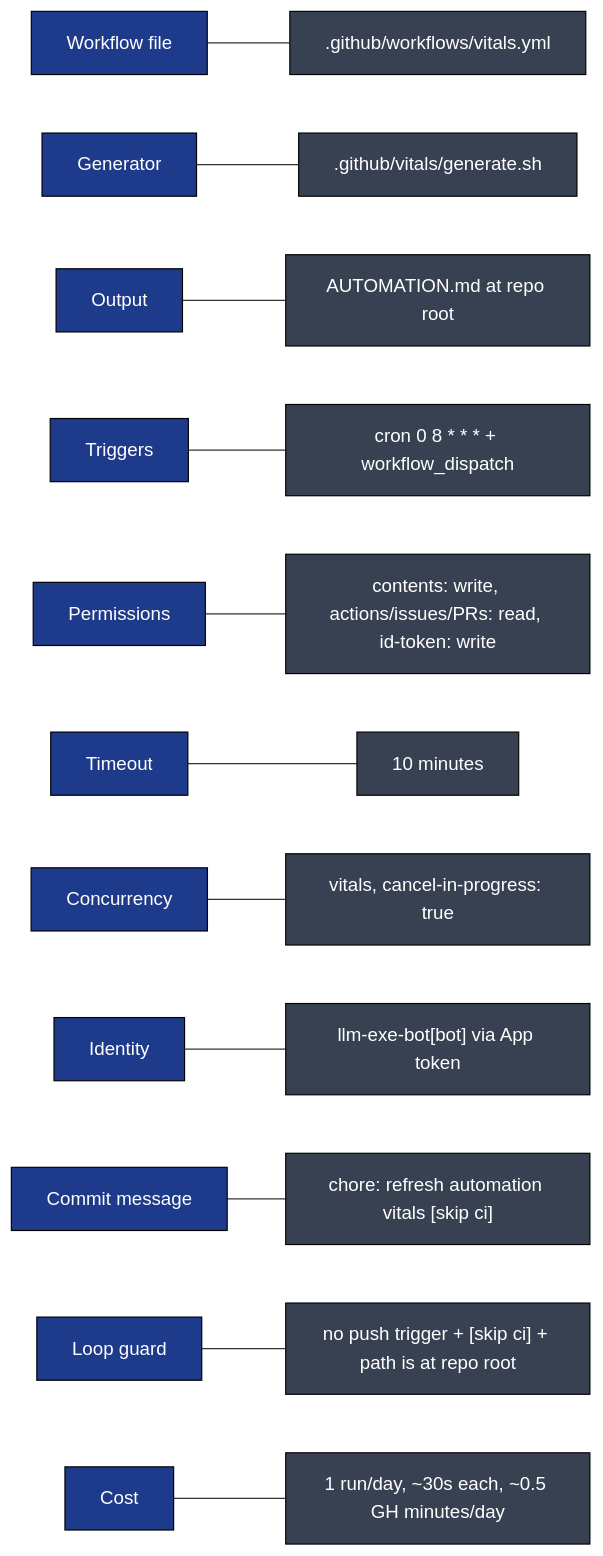
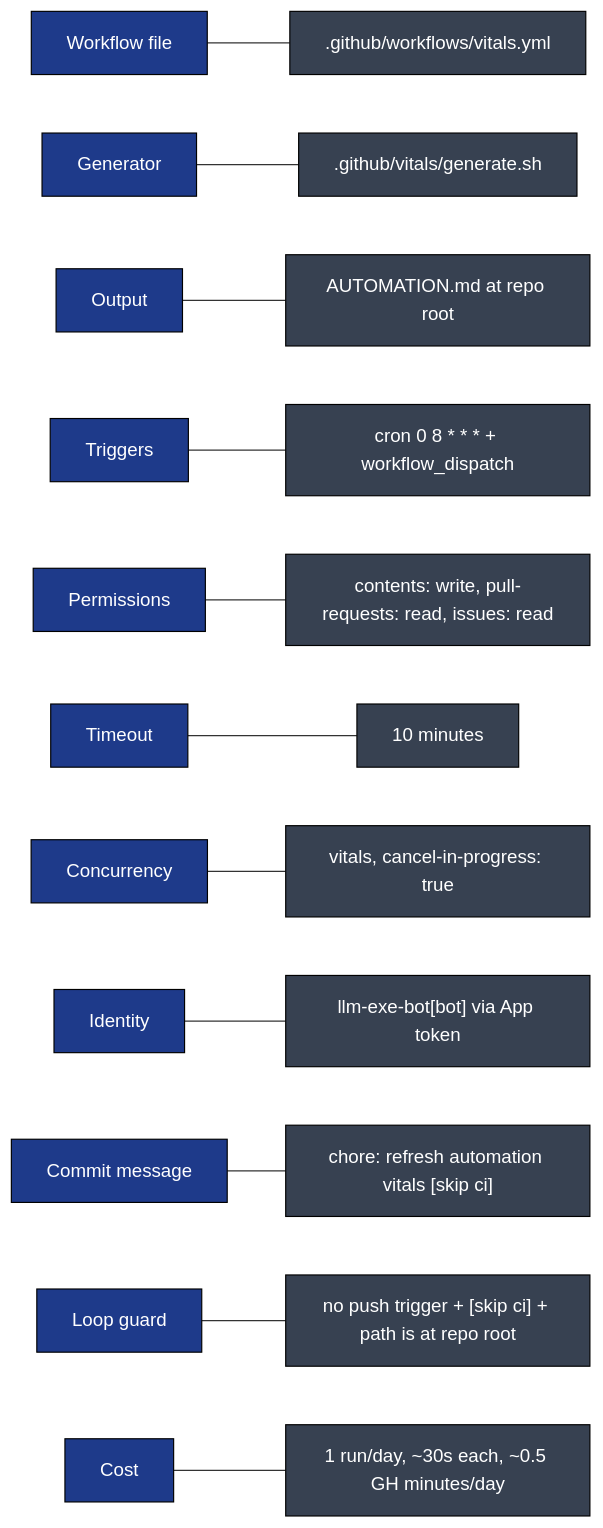
One commit to gregreindel/llm-exe changed diagram 14 of 14 in .github/docs/VITALS_DEEP_DIVE.md. Above: the diagram before and after it, drawn with Mermaid. The commit also changed 3 other files, not shown here.

````diff
--- a/.github/docs/VITALS_DEEP_DIVE.md
+++ b/.github/docs/VITALS_DEEP_DIVE.md
@@ -429,17 +429,17 @@
 ```mermaid
 flowchart LR
     classDef k fill:#1e3a8a,color:#fff,stroke:#000
     classDef v fill:#374151,color:#fff,stroke:#000
 
     K1["Workflow file"]:::k --- V1[".github/workflows/vitals.yml"]:::v
     K2["Generator"]:::k --- V2[".github/vitals/generate.sh"]:::v
     K3["Output"]:::k --- V3["AUTOMATION.md at repo root"]:::v
     K4["Triggers"]:::k --- V4["cron 0 8 * * * + workflow_dispatch"]:::v
-    K5["Permissions"]:::k --- V5["contents: write, actions/issues/PRs: read, id-token: write"]:::v
+    K5["Permissions"]:::k --- V5["contents: write, pull-requests: read, issues: read"]:::v
     K6["Timeout"]:::k --- V6["10 minutes"]:::v
     K7["Concurrency"]:::k --- V7["vitals, cancel-in-progress: true"]:::v
     K8["Identity"]:::k --- V8["llm-exe-bot[bot] via App token"]:::v
     K9["Commit message"]:::k --- V9["chore: refresh automation vitals [skip ci]"]:::v
     K10["Loop guard"]:::k --- V10["no push trigger + [skip ci] + path is at repo root"]:::v
     K11["Cost"]:::k --- V11["1 run/day, ~30s each, ~0.5 GH minutes/day"]:::v
 ```
````
